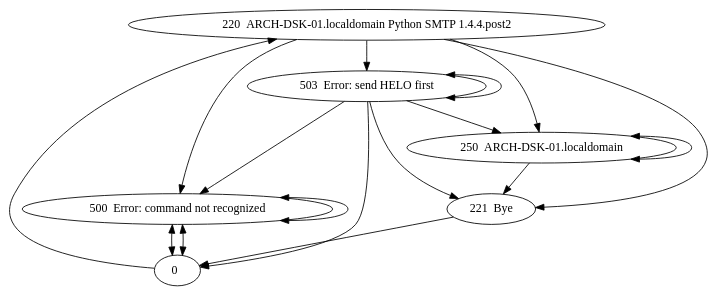
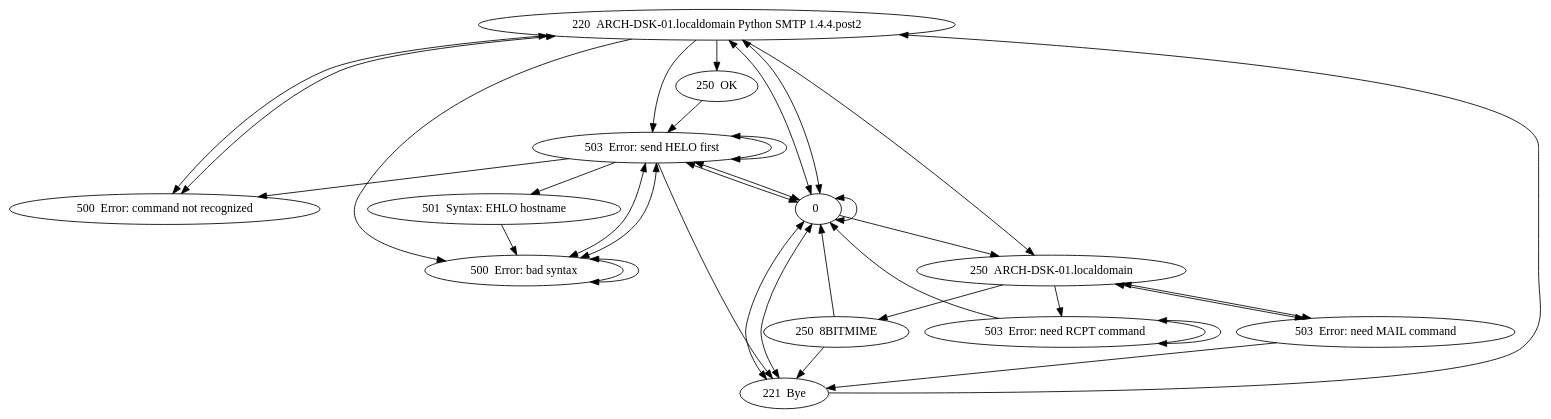
Before and after one commit to Quin-Darcy/netic: the diagram in resources/state_model.dot, drawn with Graphviz. The commit also changed 3 other files, not shown here.

```diff
--- a/resources/state_model.dot
+++ b/resources/state_model.dot
@@ -1,39 +1,87 @@
 digraph state_graph {
     "220  ARCH-DSK-01.localdomain Python SMTP 1.4.4.post2
-" -> "503  Error: send HELO first
+" -> "250  OK
 "
     "503  Error: send HELO first
 " -> "500  Error: command not recognized"
-    "503  Error: send HELO first
-" -> "0  "
-    "0  " -> "220  ARCH-DSK-01.localdomain Python SMTP 1.4.4.post2
-"
     "250  ARCH-DSK-01.localdomain
-" -> "221  Bye
-"
-    "500  Error: command not recognized" -> "500  Error: command not recognized" [dir="both"]
-    "503  Error: send HELO first
-" -> "250  ARCH-DSK-01.localdomain
-"
-    "250  ARCH-DSK-01.localdomain
-" -> "250  ARCH-DSK-01.localdomain
+" -> "503  Error: need MAIL command
 " [dir="both"]
-    "220  ARCH-DSK-01.localdomain Python SMTP 1.4.4.post2
-" -> "250  ARCH-DSK-01.localdomain
-"
-    "0  " -> "500  Error: command not recognized" [dir="both"]
-    "220  ARCH-DSK-01.localdomain Python SMTP 1.4.4.post2
-" -> "500  Error: command not recognized"
-    "221  Bye
-" -> "0  "
     "503  Error: send HELO first
 " -> "503  Error: send HELO first
+" [dir="both"]
+    "250  ARCH-DSK-01.localdomain
+" -> "250  8BITMIME
+"
+    "220  ARCH-DSK-01.localdomain Python SMTP 1.4.4.post2
+" -> "500  Error: bad syntax
+"
+    "0  " -> "503  Error: send HELO first
 " [dir="both"]
     "503  Error: send HELO first
 " -> "221  Bye
 "
+    "503  Error: need RCPT command
+" -> "0  "
+    "503  Error: send HELO first
+" -> "0  " [dir="both"]
+    "221  Bye
+" -> "0  " [dir="both"]
+    "250  OK
+" -> "503  Error: send HELO first
+"
     "220  ARCH-DSK-01.localdomain Python SMTP 1.4.4.post2
+" -> "250  ARCH-DSK-01.localdomain
+"
+    "250  8BITMIME
+" -> "0  "
+    "503  Error: send HELO first
+" -> "501  Syntax: EHLO hostname
+"
+    "0  " -> "250  ARCH-DSK-01.localdomain
+"
+    "220  ARCH-DSK-01.localdomain Python SMTP 1.4.4.post2
+" -> "500  Error: command not recognized" [dir="both"]
+    "0  " -> "221  Bye
+" [dir="both"]
+    "0  " -> "220  ARCH-DSK-01.localdomain Python SMTP 1.4.4.post2
+" [dir="both"]
+    "220  ARCH-DSK-01.localdomain Python SMTP 1.4.4.post2
+" -> "503  Error: send HELO first
+"
+    "221  Bye
+" -> "220  ARCH-DSK-01.localdomain Python SMTP 1.4.4.post2
+"
+    "503  Error: need MAIL command
 " -> "221  Bye
 "
-    "500  Error: command not recognized" -> "0  " [dir="both"]
+    "503  Error: need MAIL command
+" -> "250  ARCH-DSK-01.localdomain
+" [dir="both"]
+    "250  8BITMIME
+" -> "221  Bye
+"
+    "250  ARCH-DSK-01.localdomain
+" -> "503  Error: need RCPT command
+"
+    "220  ARCH-DSK-01.localdomain Python SMTP 1.4.4.post2
+" -> "0  " [dir="both"]
+    "0  " -> "0  " [dir="both"]
+    "500  Error: bad syntax
+" -> "503  Error: send HELO first
+" [dir="both"]
+    "500  Error: command not recognized" -> "220  ARCH-DSK-01.localdomain Python SMTP 1.4.4.post2
+" [dir="both"]
+    "503  Error: send HELO first
+" -> "500  Error: bad syntax
+" [dir="both"]
+    "500  Error: bad syntax
+" -> "500  Error: bad syntax
+" [dir="both"]
+    "503  Error: need RCPT command
+" -> "503  Error: need RCPT command
+" [dir="both"]
+    "501  Syntax: EHLO hostname
+" -> "500  Error: bad syntax
+"
 }
```
